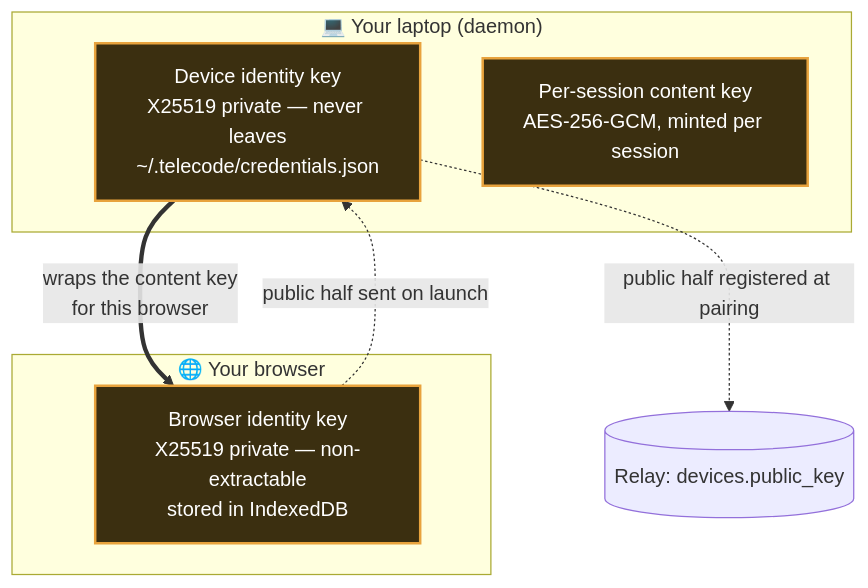
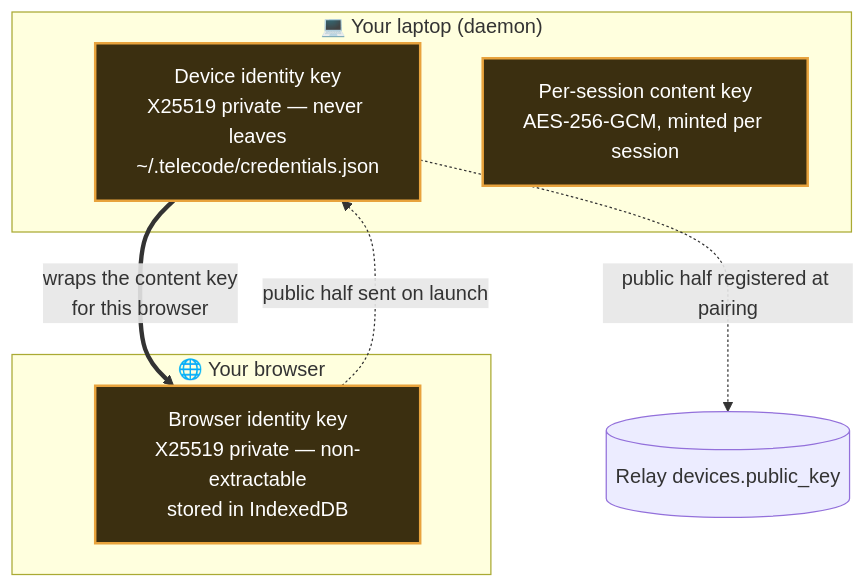
One commit to PouyanJay/telecode changed the second of 4 diagrams in docs/end-to-end-encryption.md. Above: the diagram before and after it, drawn with Mermaid. The commit also changed other lines of this file and 1 other file, not shown here.

First line of the commit message:
docs: fix Mermaid sequence diagrams so they render on GitHub

````diff
--- a/docs/end-to-end-encryption.md
+++ b/docs/end-to-end-encryption.md
@@ -63,17 +63,17 @@
 ```mermaid
 flowchart TB
     subgraph laptop["💻 Your laptop (daemon)"]
         DK["Device identity key<br/>X25519 private — never leaves<br/>~/.telecode/credentials.json"]
         CK["Per-session content key<br/>AES-256-GCM, minted per session"]
     end
     subgraph browser["🌐 Your browser"]
         BK["Browser identity key<br/>X25519 private — non-extractable<br/>stored in IndexedDB"]
     end
 
-    DK -. "public half registered at pairing" .-> REG[("Relay: devices.public_key")]
-    BK -. "public half sent on launch" .-> DK
-    DK == "wraps the content key<br/>for this browser" ==> BK
+    DK -.->|"public half registered at pairing"| REG[("Relay devices.public_key")]
+    BK -.->|"public half sent on launch"| DK
+    DK ==>|"wraps the content key<br/>for this browser"| BK
 
     classDef k fill:#3b2f10,stroke:#e8a33d,stroke-width:2px,color:#fff;
     class DK,BK,CK k
 ```
````
